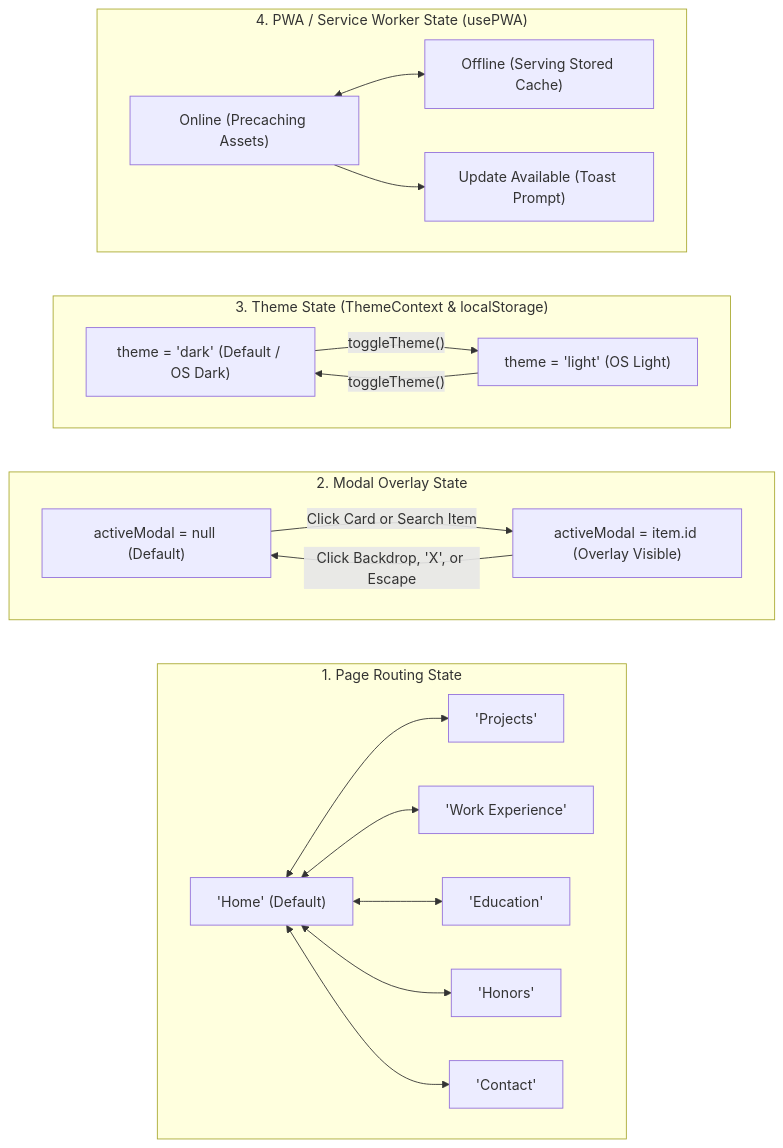
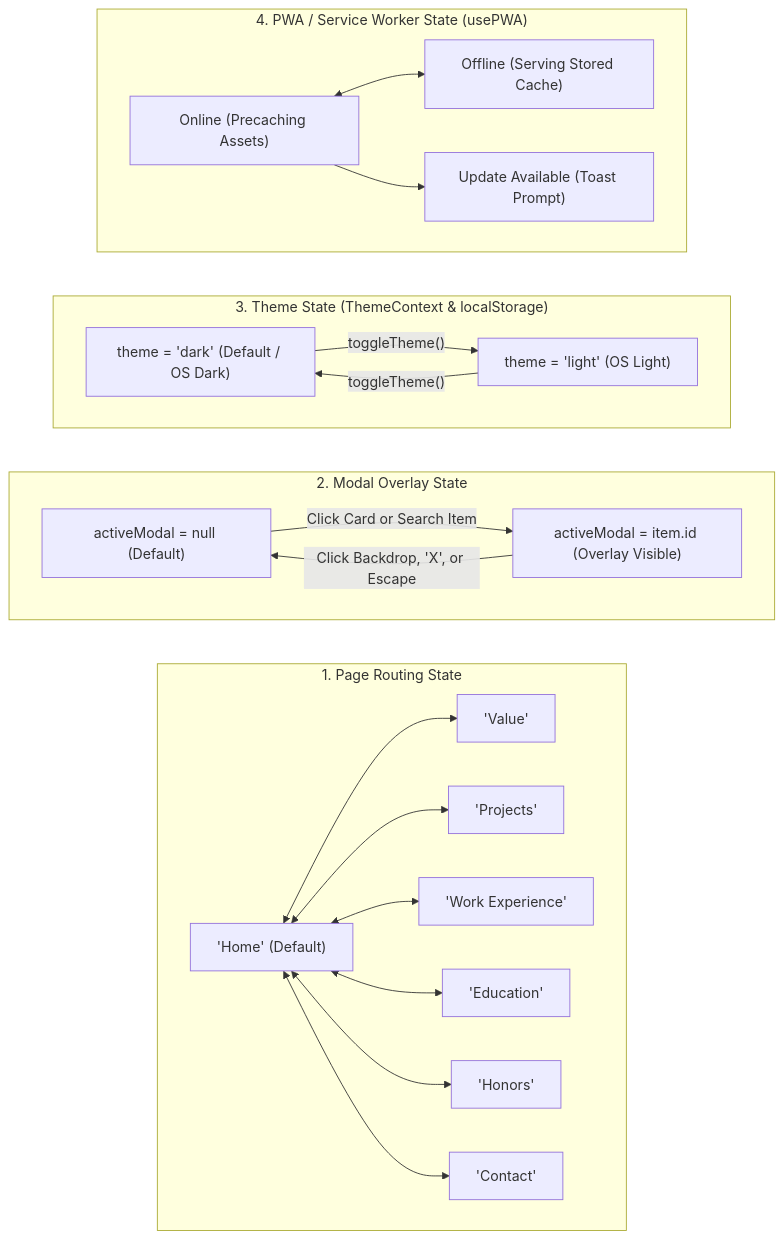
The fourth of 5 diagrams in docs/architecture.md (kxnghans/kxnghans.github.io), drawn with Mermaid before and after one commit. The commit also changed other lines of this file and 67 other files, not shown here.

Commit message:
feat: humanize content prose, sanitize enterprise terminology, and update architectural documentation

````diff
--- a/docs/architecture.md
+++ b/docs/architecture.md
@@ -174,43 +176,45 @@
 ```mermaid
 flowchart LR
     subgraph RouteMachine["1. Page Routing State"]
         direction LR
         R_Home["'Home' (Default)"]
+        R_Value["'Value'"]
         R_Projects["'Projects'"]
         R_Work["'Work Experience'"]
         R_Edu["'Education'"]
         R_Honors["'Honors'"]
         R_Contact["'Contact'"]
 
+        R_Home <--> R_Value
         R_Home <--> R_Projects
         R_Home <--> R_Work
         R_Home <--> R_Edu
         R_Home <--> R_Honors
         R_Home <--> R_Contact
     end
 
     subgraph ModalMachine["2. Modal Overlay State"]
         direction LR
         M_Closed["activeModal = null (Default)"]
         M_Open["activeModal = item.id (Overlay Visible)"]
         M_Closed -- "Click Card or Search Item" --> M_Open
         M_Open -- "Click Backdrop, 'X', or Escape" --> M_Closed
     end
 
     subgraph ThemeMachine["3. Theme State (ThemeContext & localStorage)"]
         direction LR
         T_Dark["theme = 'dark' (Default / OS Dark)"]
         T_Light["theme = 'light' (OS Light)"]
         T_Dark -- "toggleTheme()" --> T_Light
         T_Light -- "toggleTheme()" --> T_Dark
     end
 
     subgraph PWAMachine["4. PWA / Service Worker State (usePWA)"]
         direction LR
         P_Online["Online (Precaching Assets)"]
         P_Offline["Offline (Serving Stored Cache)"]
         P_Update["Update Available (Toast Prompt)"]
         P_Online <--> P_Offline
         P_Online --> P_Update
     end
 ```
````
